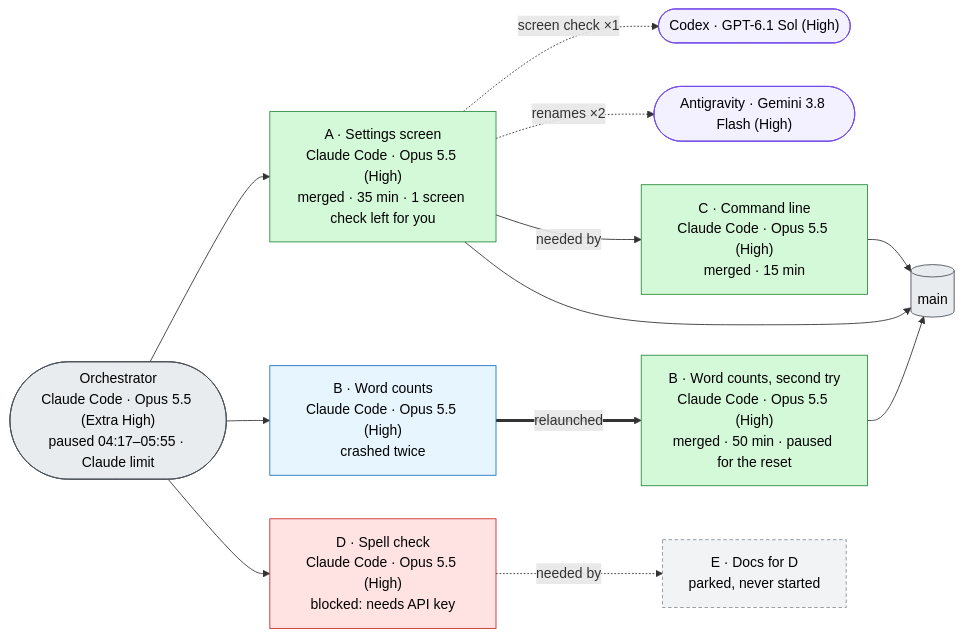
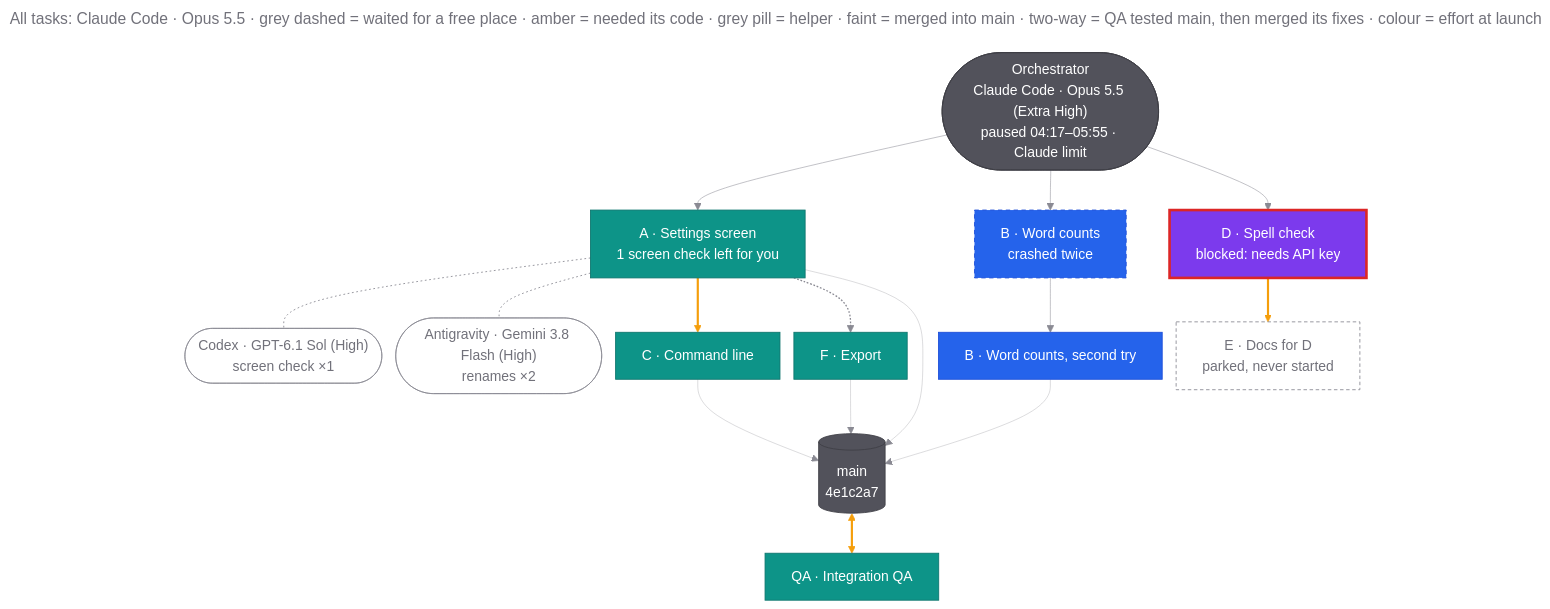
The first of 2 diagrams in skills/long-horizon-orchestrator/references/final-report.md (kristianbonnici/agent-skills), drawn with Mermaid before and after one commit. The commit also changed other lines of this file and 3 other files, not shown here.

First line of the commit message:
feat(skills): report orchestrator runs with a dependency graph and a timeline

````diff
--- a/skills/long-horizon-orchestrator/references/final-report.md
+++ b/skills/long-horizon-orchestrator/references/final-report.md
@@ -70,27 +104,44 @@
 ```mermaid
-flowchart LR
-  O(["Orchestrator<br/>Claude Code · Opus 5.5 (Extra High)<br/>paused 04:17–05:55 · Claude limit"]) --> A & B1 & D
-  A["A · Settings screen<br/>Claude Code · Opus 5.5 (High)<br/>merged · 35 min · 1 screen check left for you"]
-  A -.->|"screen check ×1"| HA(["Codex · GPT-6.1 Sol (High)"])
-  A -.->|"renames ×2"| HB(["Antigravity · Gemini 3.8 Flash (High)"])
-  B1["B · Word counts<br/>Claude Code · Opus 5.5 (High)<br/>crashed twice"] ==>|"relaunched"| B2["B · Word counts, second try<br/>Claude Code · Opus 5.5 (High)<br/>merged · 50 min · paused for the reset"]
-  A -->|"needed by"| C["C · Command line<br/>Claude Code · Opus 5.5 (High)<br/>merged · 15 min"]
-  D["D · Spell check<br/>Claude Code · Opus 5.5 (High)<br/>blocked: needs API key"] -.->|"needed by"| E["E · Docs for D<br/>parked, never started"]
-  A --> M[(main)]
-  B2 --> M
-  C --> M
-  classDef orchestrator fill:#e9ecef,stroke:#495057,color:#000
-  classDef merged fill:#d3f9d8,stroke:#2b8a3e,color:#000
-  classDef blocked fill:#ffe3e3,stroke:#c92a2a,color:#000
-  classDef parked fill:#f1f3f5,stroke:#868e96,stroke-dasharray:4 3,color:#000
-  classDef failed fill:#fff3bf,stroke:#e67700,color:#000
-  classDef replaced fill:#e7f5ff,stroke:#1971c2,color:#000
-  classDef helper fill:#f3f0ff,stroke:#7048e8,color:#000
-  class O orchestrator
-  class A,B2,C merged
+---
+title: "All tasks: Claude Code · Opus 5.5 · grey dashed = waited for a free place · amber = needed its code · grey pill = helper · faint = merged into main · two-way = QA tested main, then merged its fixes · colour = effort at launch"
+---
+%%{init: {"theme": "base", "fontFamily": "Helvetica Neue, Helvetica, Arial, sans-serif", "themeVariables": {"titleColor": "#71717a", "textColor": "#71717a", "lineColor": "#8a8a93"}, "flowchart": {"curve": "basis", "nodeSpacing": 16, "rankSpacing": 46}}}%%
+flowchart TB
+  O(["Orchestrator<br/>Claude Code · Opus 5.5 (Extra High)<br/>paused 04:17–05:55 · Claude limit"]):::orch
+  A["A · Settings screen<br/>1 screen check left for you"]:::high
+  B1["B · Word counts<br/>crashed twice"]:::xhigh
+  D["D · Spell check<br/>blocked: needs API key"]:::ultra
+  HA(["Codex · GPT-6.1 Sol (High)<br/>screen check ×1"]):::helper
+  HB(["Antigravity · Gemini 3.8 Flash (High)<br/>renames ×2"]):::helper
+  B2["B · Word counts, second try"]:::xhigh
+  C["C · Command line"]:::high
+  F["F · Export"]:::high
+  E["E · Docs for D<br/>parked, never started"]:::parked
+  MAIN[("main<br/>4e1c2a7")]:::orch
+  QA["QA · Integration QA"]:::high
+  O --> A & B1 & D
+  A -.- HA
+  A -.- HB
+  B1 --> B2
+  A ==> C
+  A -.-> F
+  D ==> E
+  A ---> MAIN
+  B2 & C & F --> MAIN
+  MAIN <==> QA
+  classDef orch fill:#52525b,stroke:#3f3f46,color:#ffffff
+  classDef ultra fill:#7c3aed,stroke:#6d28d9,color:#ffffff
+  classDef xhigh fill:#2563eb,stroke:#1d4ed8,color:#ffffff
+  classDef high fill:#0d9488,stroke:#0f766e,color:#ffffff
+  classDef helper fill:transparent,stroke:#8a8a93,color:#71717a
+  classDef parked fill:transparent,stroke:#8a8a93,stroke-dasharray:4 3,color:#71717a
+  classDef blocked stroke:#dc2626,stroke-width:3px
+  classDef replaced stroke-dasharray:5 4
   class D blocked
-  class E parked
   class B1 replaced
-  class HA,HB helper
-  class M orchestrator
+  linkStyle 0,1,2,5 stroke:#8a8a93,stroke-width:1px,stroke-opacity:0.6
+  linkStyle 3,4 stroke:#8a8a93,stroke-width:1px,stroke-dasharray:2 3
+  linkStyle 7 stroke:#8a8a93,stroke-width:1.5px
+  linkStyle 6,8,13 stroke:#f59e0b,stroke-width:2.5px
+  linkStyle 9,10,11,12 stroke:#8a8a93,stroke-width:1px,stroke-opacity:0.35
 ```
````
